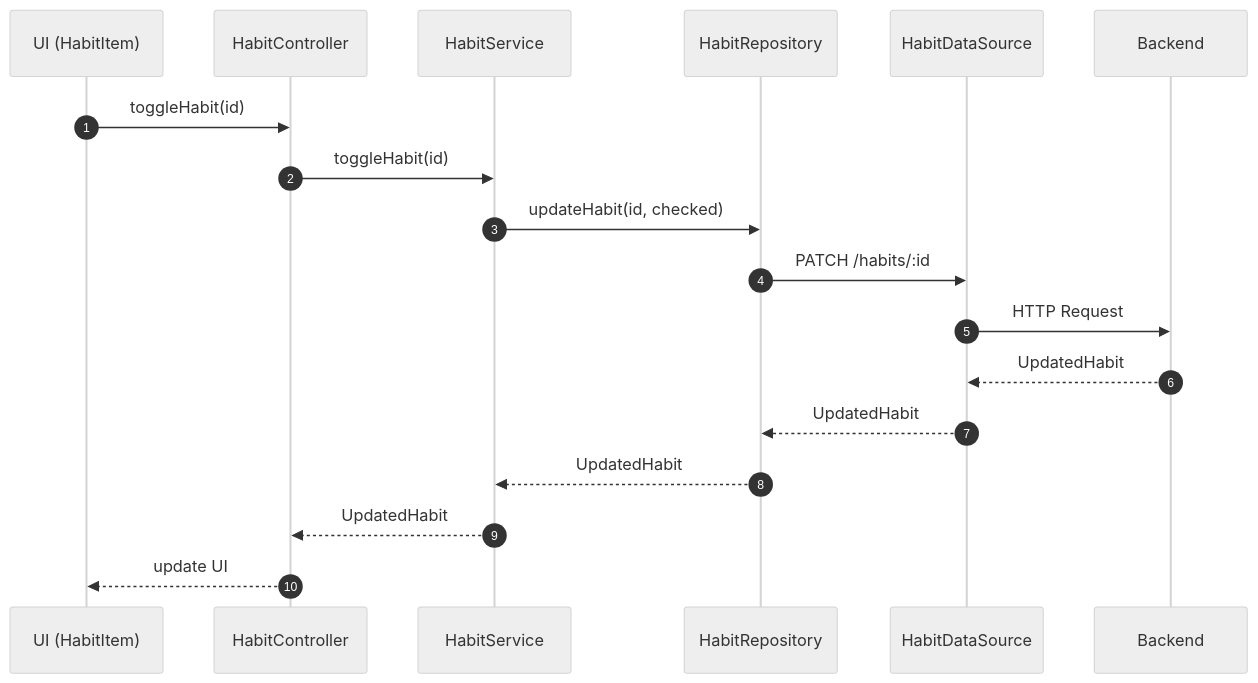
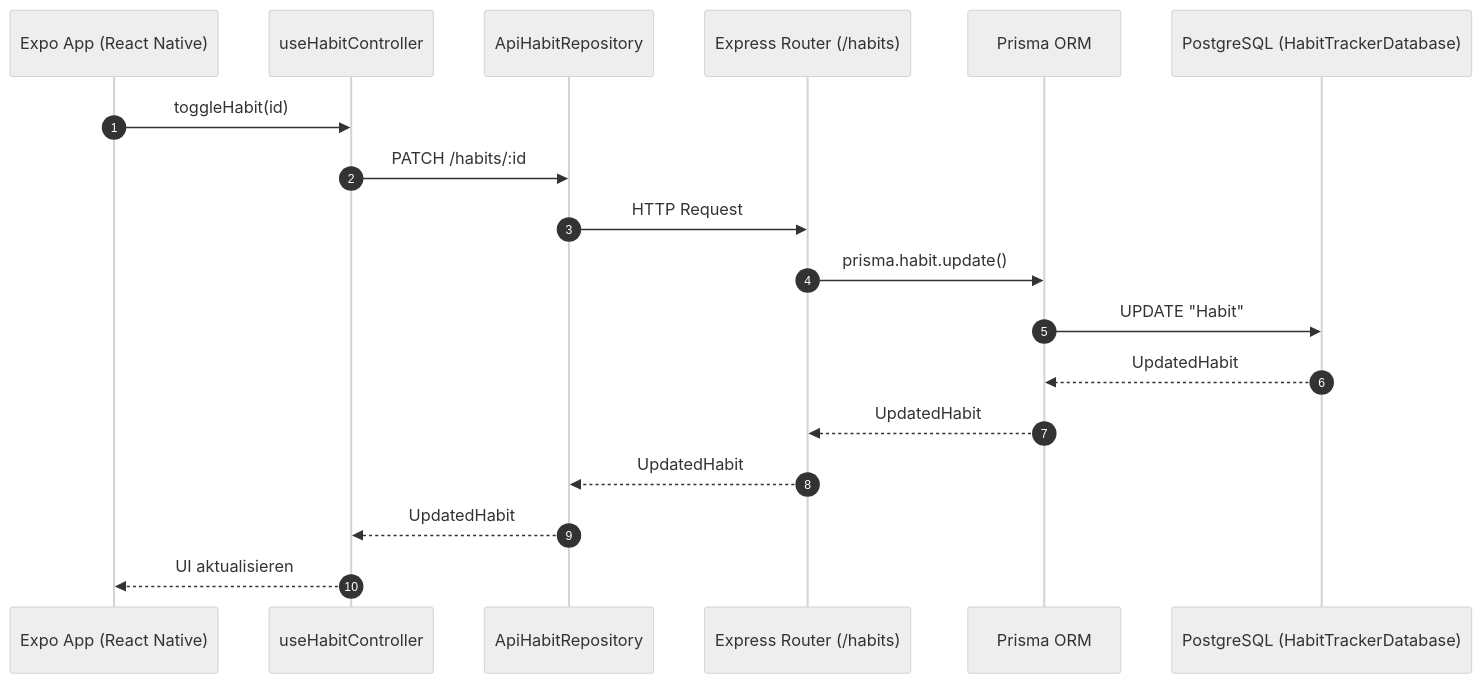
The fourth of 6 diagrams in sequenzdiagramme.adoc (kimi-xi/diagram_demo), drawn with Mermaid (neutral theme) before and after one commit. The commit also changed other lines of this file, not shown here.

Commit message:
Refactor sequence diagrams for login and habits

```diff
--- a/sequenzdiagramme.adoc
+++ b/sequenzdiagramme.adoc
@@ -103,22 +133,22 @@
 [mermaid]
 ----
 sequenceDiagram
     autonumber
-    participant UI as UI (HabitItem)
-    participant HC as HabitController
-    participant HS as HabitService
-    participant HR as HabitRepository
-    participant DS as HabitDataSource
-    participant BE as Backend
+    participant Expo as Expo App (React Native)
+    participant FEHabit as useHabitController
+    participant ApiRepo as ApiHabitRepository
+    participant Express as Express Router (/habits)
+    participant Prisma as Prisma ORM
+    participant PG as PostgreSQL (HabitTrackerDatabase)
 
-    UI->>HC: toggleHabit(id)
-    HC->>HS: toggleHabit(id)
-    HS->>HR: updateHabit(id, checked)
-    HR->>DS: PATCH /habits/:id
-    DS->>BE: HTTP Request
-    BE-->>DS: UpdatedHabit
-    DS-->>HR: UpdatedHabit
-    HR-->>HS: UpdatedHabit
-    HS-->>HC: UpdatedHabit
-    HC-->>UI: update UI
+    Expo->>FEHabit: toggleHabit(id)
+    FEHabit->>ApiRepo: PATCH /habits/:id
+    ApiRepo->>Express: HTTP Request
+    Express->>Prisma: prisma.habit.update()
+    Prisma->>PG: UPDATE "Habit"
+    PG-->>Prisma: UpdatedHabit
+    Prisma-->>Express: UpdatedHabit
+    Express-->>ApiRepo: UpdatedHabit
+    ApiRepo-->>FEHabit: UpdatedHabit
+    FEHabit-->>Expo: UI aktualisieren
 ----
```
